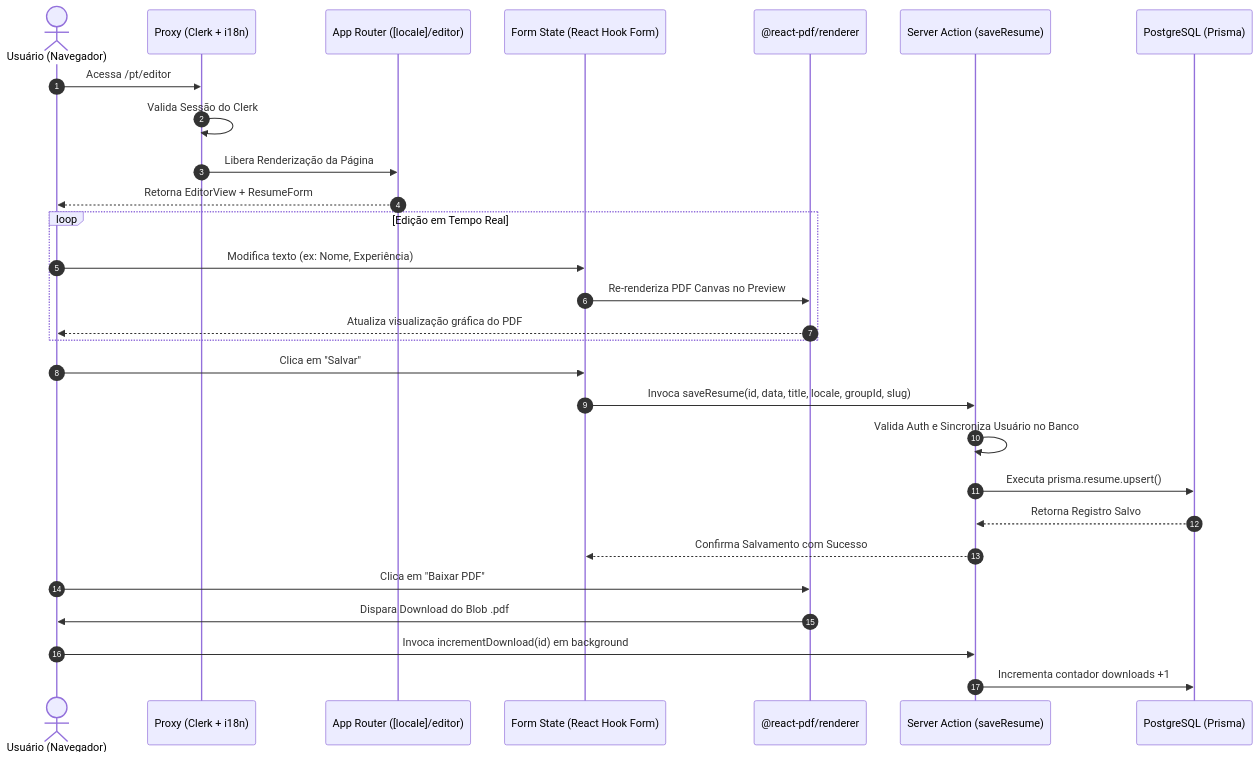
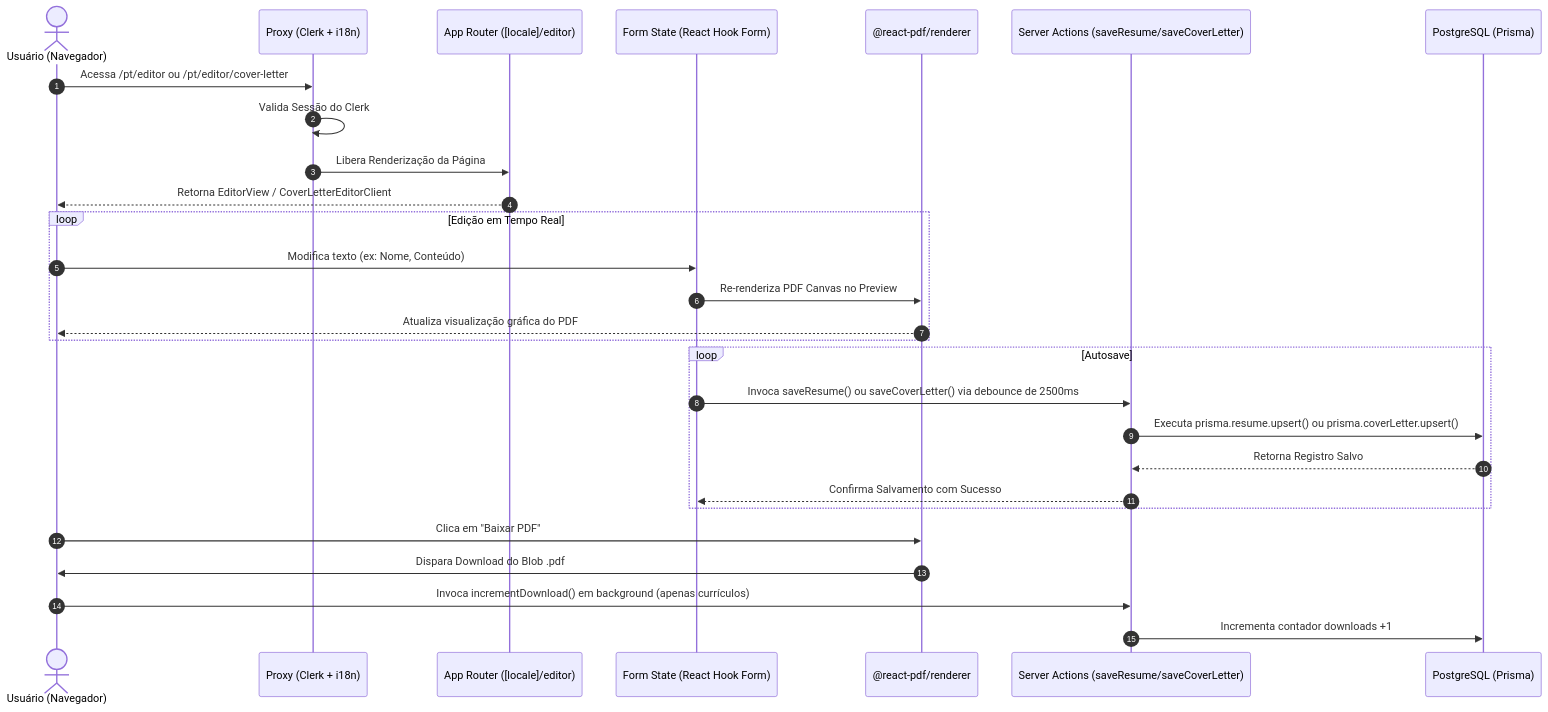
Before and after one commit to gui-bus/Lume: the first of 2 diagrams in docs/architecture.md, drawn with Mermaid. The commit also changed other lines of this file and 6 other files, not shown here.

Commit message:
docs: update readme and project architecture documentation

````diff
--- a/docs/architecture.md
+++ b/docs/architecture.md
@@ -46,34 +46,34 @@
 ```mermaid
 sequenceDiagram
     autonumber
     actor User as Usuário (Navegador)
     participant Middleware as Proxy (Clerk + i18n)
     participant Page as App Router ([locale]/editor)
     participant FormState as Form State (React Hook Form)
     participant PDFClient as @react-pdf/renderer
-    participant Action as Server Action (saveResume)
+    participant Action as Server Actions (saveResume/saveCoverLetter)
     participant DB as PostgreSQL (Prisma)
 
-    User->>Middleware: Acessa /pt/editor
+    User->>Middleware: Acessa /pt/editor ou /pt/editor/cover-letter
     Middleware->>Middleware: Valida Sessão do Clerk
     Middleware->>Page: Libera Renderização da Página
-    Page-->>User: Retorna EditorView + ResumeForm
+    Page-->>User: Retorna EditorView / CoverLetterEditorClient
 
     loop Edição em Tempo Real
-        User->>FormState: Modifica texto (ex: Nome, Experiência)
+        User->>FormState: Modifica texto (ex: Nome, Conteúdo)
         FormState->>PDFClient: Re-renderiza PDF Canvas no Preview
         PDFClient-->>User: Atualiza visualização gráfica do PDF
     end
 
-    User->>FormState: Clica em "Salvar"
-    FormState->>Action: Invoca saveResume(id, data, title, locale, groupId, slug)
-    Action->>Action: Valida Auth e Sincroniza Usuário no Banco
-    Action->>DB: Executa prisma.resume.upsert()
-    DB-->>Action: Retorna Registro Salvo
-    Action-->>FormState: Confirma Salvamento com Sucesso
+    loop Autosave
+        FormState->>Action: Invoca saveResume() ou saveCoverLetter() via debounce de 2500ms
+        Action->>DB: Executa prisma.resume.upsert() ou prisma.coverLetter.upsert()
+        DB-->>Action: Retorna Registro Salvo
+        Action-->>FormState: Confirma Salvamento com Sucesso
+    end
 
     User->>PDFClient: Clica em "Baixar PDF"
     PDFClient->>User: Dispara Download do Blob .pdf
-    User->>Action: Invoca incrementDownload(id) em background
+    User->>Action: Invoca incrementDownload() em background (apenas currículos)
     Action->>DB: Incrementa contador downloads +1
 ```
````
